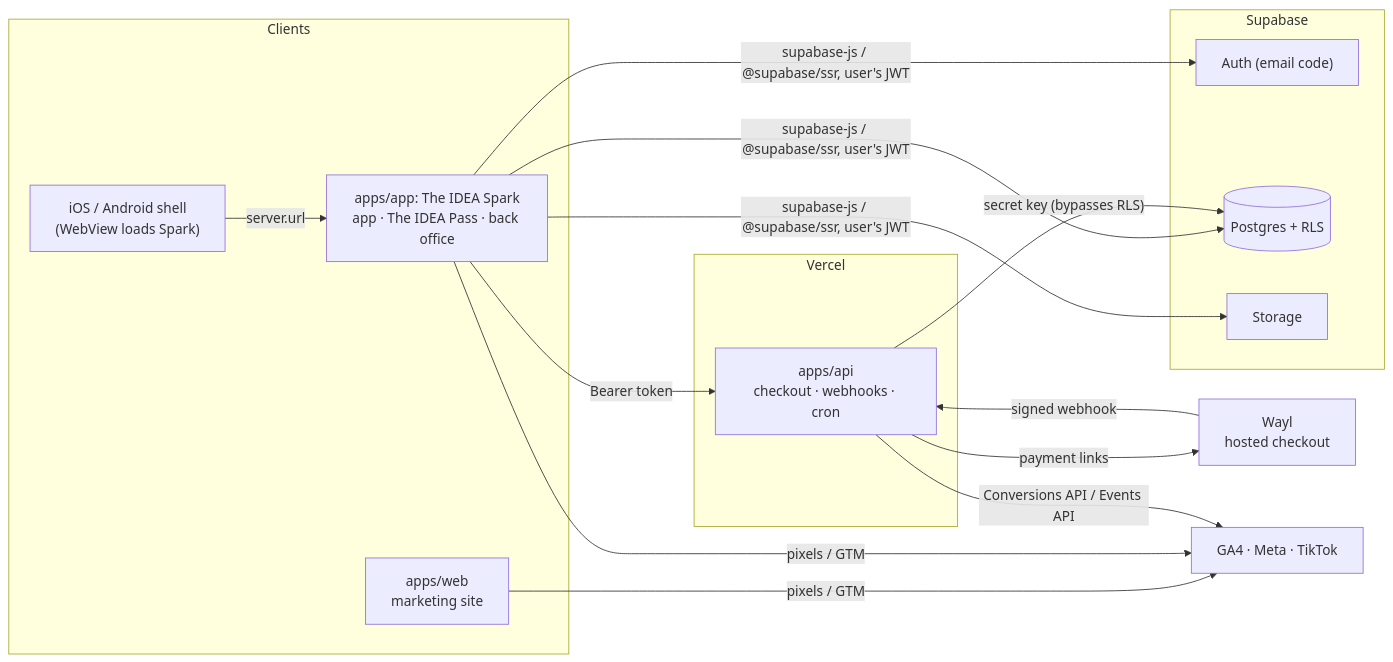
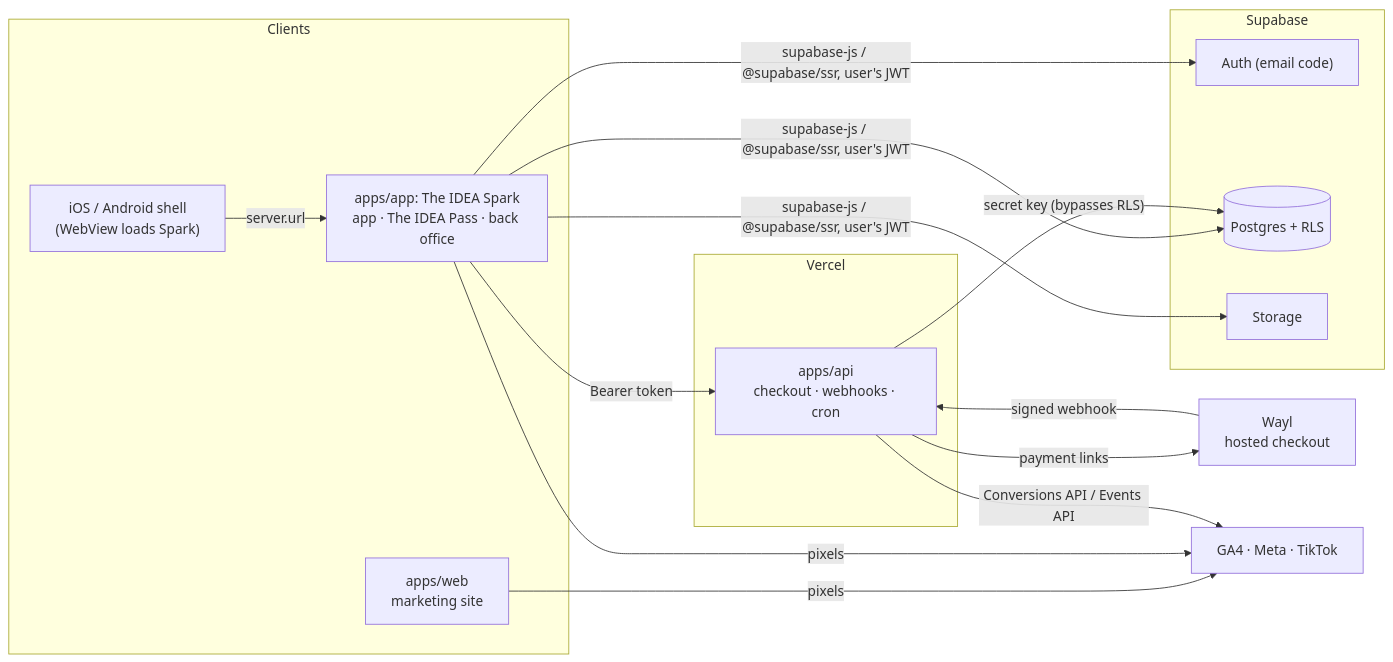
The first of 2 diagrams in ARCHITECTURE_AND_INTEGRATIONS.md (theideaiq/monorepo), drawn with Mermaid before and after one commit. The commit also changed other lines of this file and 9 other files, not shown here.

````diff
--- a/ARCHITECTURE_AND_INTEGRATIONS.md
+++ b/ARCHITECTURE_AND_INTEGRATIONS.md
@@ -24,27 +24,27 @@
 ```mermaid
 flowchart LR
   subgraph Clients
     W["apps/web<br/>marketing site"]
     A["apps/app: The IDEA Spark<br/>app · The IDEA Pass · back office"]
     N["iOS / Android shell<br/>(WebView loads Spark)"]
   end
   subgraph Server["Vercel"]
     API["apps/api<br/>checkout · webhooks · cron"]
   end
   subgraph Supabase
     AUTH["Auth (email code)"]
     DB[("Postgres + RLS")]
     ST["Storage"]
   end
   WAYL["Wayl<br/>hosted checkout"]
   ADS["GA4 · Meta · TikTok"]
 
   N -- "server.url" --> A
   A -- "supabase-js / @supabase/ssr, user's JWT" --> AUTH & DB & ST
   A -- "Bearer token" --> API
   API -- "secret key (bypasses RLS)" --> DB
   API -- "payment links" --> WAYL
   WAYL -- "signed webhook" --> API
-  W & A -- "pixels / GTM" --> ADS
+  W & A -- "pixels" --> ADS
   API -- "Conversions API / Events API" --> ADS
 ```
````
